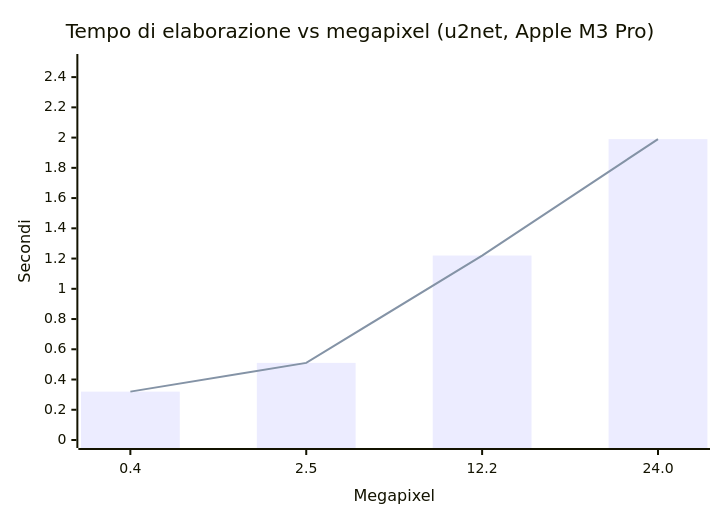
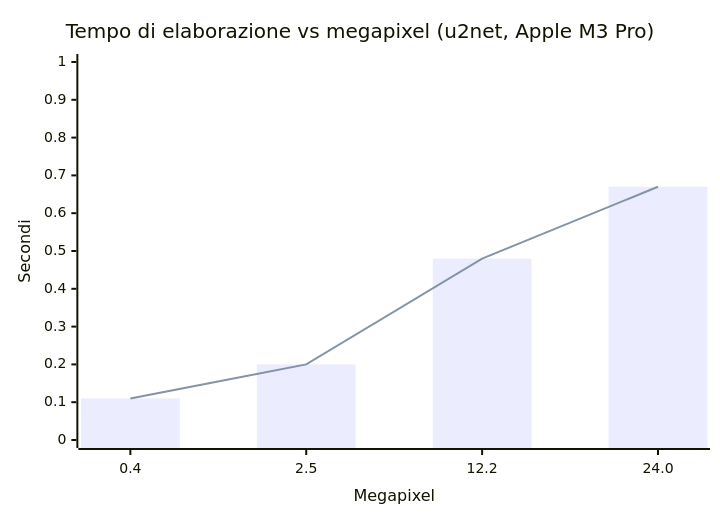
The third of 3 diagrams in README.md (simonesilvani/photo-remove-background), drawn with Mermaid before and after one commit. The commit also changed other lines of this file and 3 other files, not shown here.

````diff
--- a/README.md
+++ b/README.md
@@ -185,8 +185,8 @@
 ```mermaid
 xychart-beta
     title "Tempo di elaborazione vs megapixel (u2net, Apple M3 Pro)"
     x-axis "Megapixel" [0.4, 2.5, 12.2, 24.0]
-    y-axis "Secondi" 0 --> 2.5
-    bar [0.32, 0.51, 1.22, 1.99]
-    line [0.32, 0.51, 1.22, 1.99]
+    y-axis "Secondi" 0 --> 1
+    bar [0.11, 0.20, 0.48, 0.67]
+    line [0.11, 0.20, 0.48, 0.67]
 ```
````
